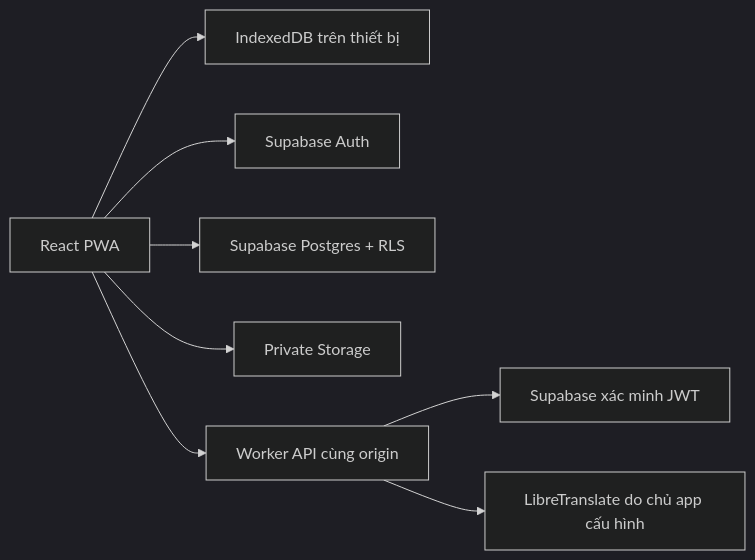
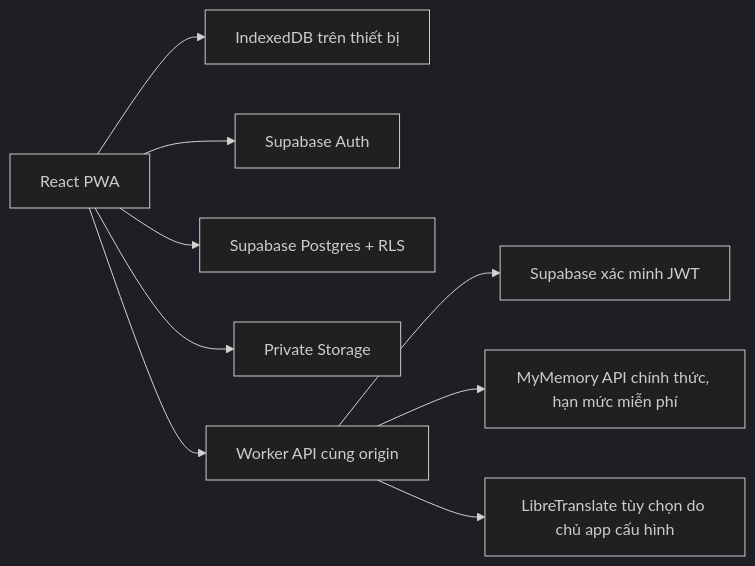
Before and after one commit to BigbossHust0106/readbook: the diagram in docs/architecture.md, drawn with Mermaid (dark theme). The commit also changed other lines of this file and 23 other files, not shown here.

````diff
--- a/docs/architecture.md
+++ b/docs/architecture.md
@@ -5,10 +5,11 @@
 ```mermaid
 flowchart LR
   UI[React PWA] --> LOCAL[IndexedDB trên thiết bị]
   UI --> AUTH[Supabase Auth]
   UI --> DB[Supabase Postgres + RLS]
   UI --> FILES[Private Storage]
   UI --> W[Worker API cùng origin]
   W --> JWT[Supabase xác minh JWT]
-  W --> LT[LibreTranslate do chủ app cấu hình]
+  W --> MT[MyMemory API chính thức, hạn mức miễn phí]
+  W --> LT[LibreTranslate tùy chọn do chủ app cấu hình]
 ```
````
